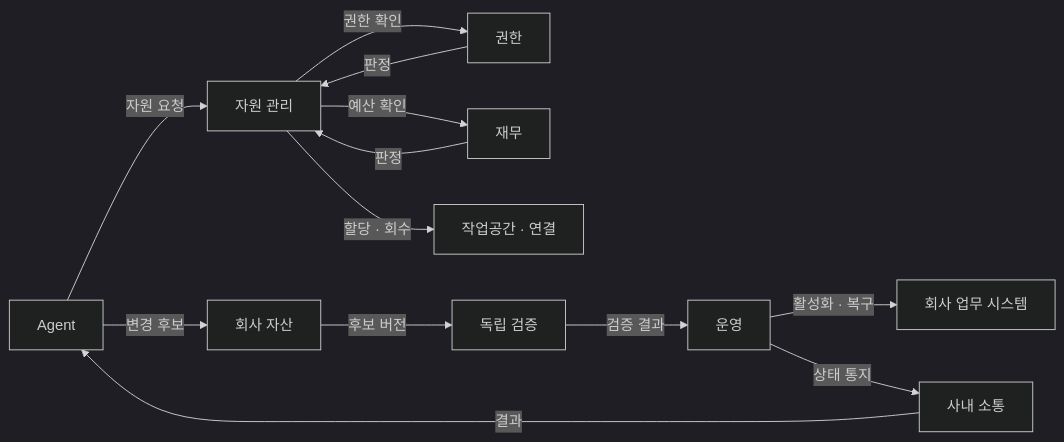
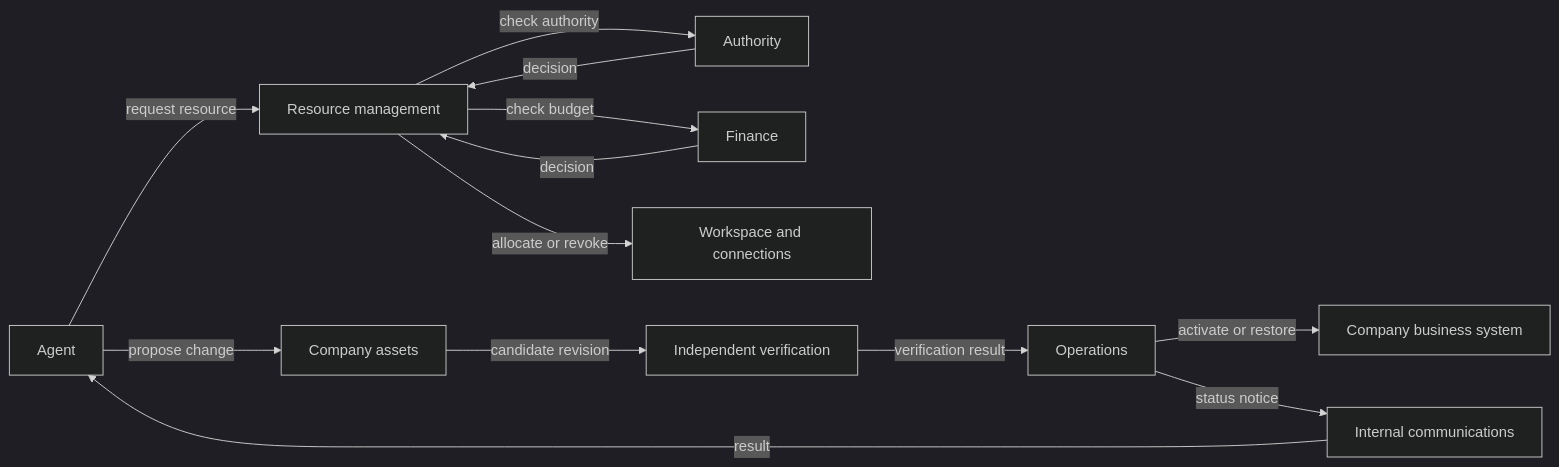
One commit to openboa-ai/sourdough changed the fifth of 16 diagrams in docs/company-agent-quant.md. Above: the diagram before and after it, drawn with Mermaid (dark theme). The commit also changed other lines of this file and 29 other files, not shown here.

````diff
--- a/docs/company-agent-quant.md
+++ b/docs/company-agent-quant.md
@@ -177,15 +172,15 @@
 ```mermaid
 flowchart LR
-    Agent["Agent"] -->|자원 요청| Resource["자원 관리"]
-    Resource -->|권한 확인| Authority["권한"]
-    Resource -->|예산 확인| Finance["재무"]
-    Authority -->|판정| Resource
-    Finance -->|판정| Resource
-    Resource -->|할당 · 회수| Desk["작업공간 · 연결"]
-    Agent -->|변경 후보| Assets["회사 자산"]
-    Assets -->|후보 버전| Verify["독립 검증"]
-    Verify -->|검증 결과| Ops["운영"]
-    Ops -->|활성화 · 복구| System["회사 업무 시스템"]
-    Ops -->|상태 통지| Comms["사내 소통"]
-    Comms -->|결과| Agent
+    Agent["Agent"] -->|request resource| Resource["Resource management"]
+    Resource -->|check authority| Authority["Authority"]
+    Resource -->|check budget| Finance["Finance"]
+    Authority -->|decision| Resource
+    Finance -->|decision| Resource
+    Resource -->|allocate or revoke| Desk["Workspace and connections"]
+    Agent -->|propose change| Assets["Company assets"]
+    Assets -->|candidate revision| Verify["Independent verification"]
+    Verify -->|verification result| Ops["Operations"]
+    Ops -->|activate or restore| System["Company business system"]
+    Ops -->|status notice| Comms["Internal communications"]
+    Comms -->|result| Agent
 ```
````
